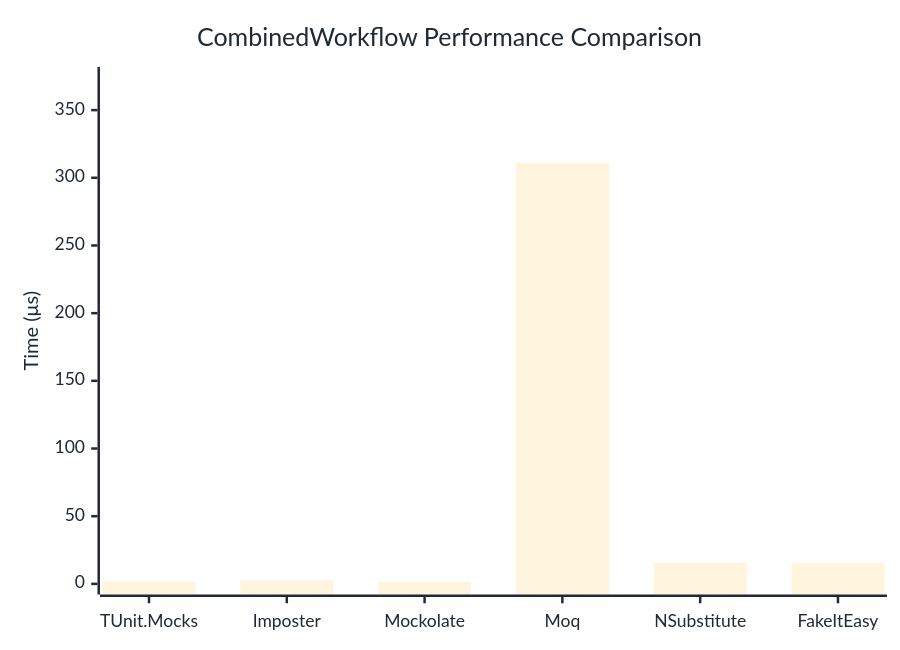
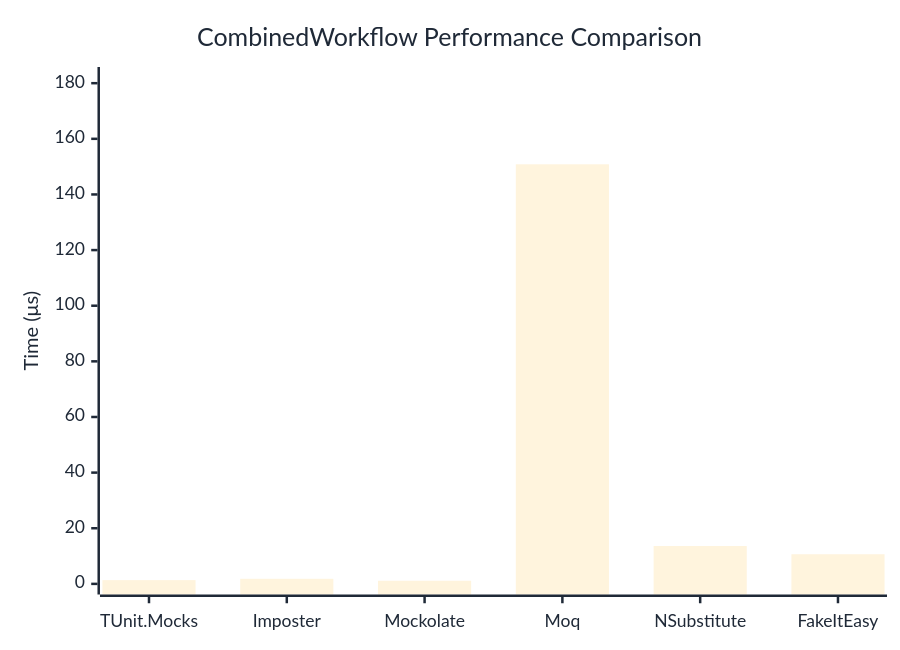
Before and after one commit to thomhurst/TUnit: the diagram in docs/docs/benchmarks/mocks/CombinedWorkflow.md, drawn with Mermaid. The commit also changed other lines of this file and 14 other files, not shown here.

````diff
--- a/docs/docs/benchmarks/mocks/CombinedWorkflow.md
+++ b/docs/docs/benchmarks/mocks/CombinedWorkflow.md
@@ -30,27 +30,27 @@
 ```mermaid
 %%{init: {
   'theme':'base',
   'themeVariables': {
     'primaryColor': '#2563eb',
     'primaryTextColor': '#1f2937',
     'primaryBorderColor': '#1e40af',
     'lineColor': '#6b7280',
     'secondaryColor': '#7c3aed',
     'tertiaryColor': '#dc2626',
     'background': '#ffffff',
     'pie1': '#2563eb',
     'pie2': '#7c3aed',
     'pie3': '#dc2626',
     'pie4': '#f59e0b',
     'pie5': '#10b981',
     'pie6': '#06b6d4',
     'pie7': '#ec4899',
     'pie8': '#6366f1'
   }
 }}%%
 xychart-beta
   title "CombinedWorkflow Performance Comparison"
   x-axis ["TUnit.Mocks", "Imposter", "Mockolate", "Moq", "NSubstitute", "FakeItEasy"]
-  y-axis "Time (μs)" 0 --> 374
-  bar [1.825, 2.576, 1.536, 311.027, 15.793, 15.591]
+  y-axis "Time (μs)" 0 --> 182
+  bar [1.341, 1.83, 1.123, 150.837, 13.613, 10.654]
 ```
````
